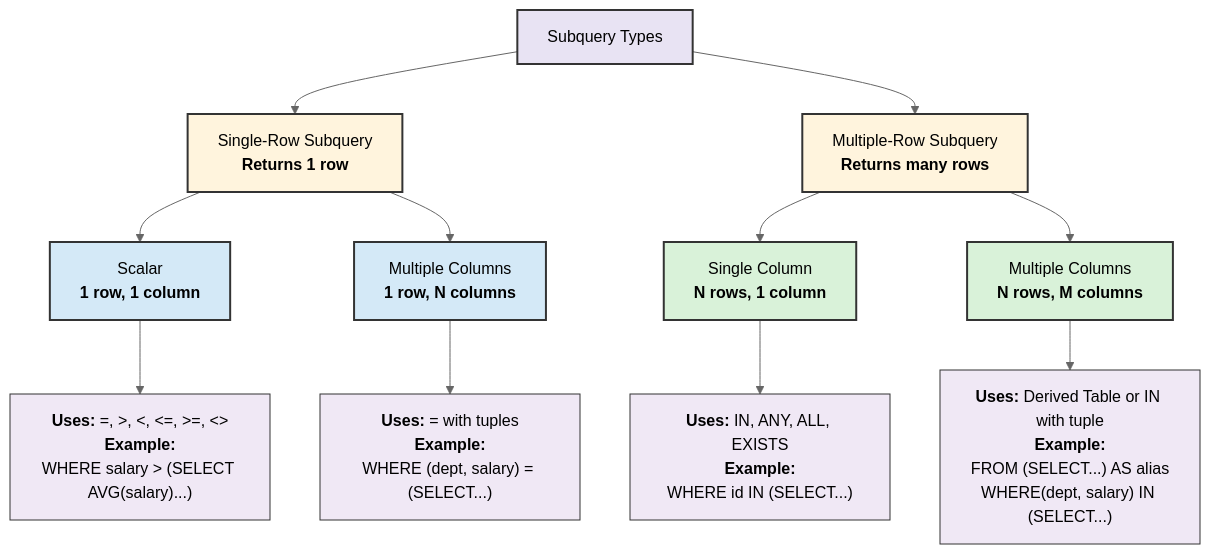
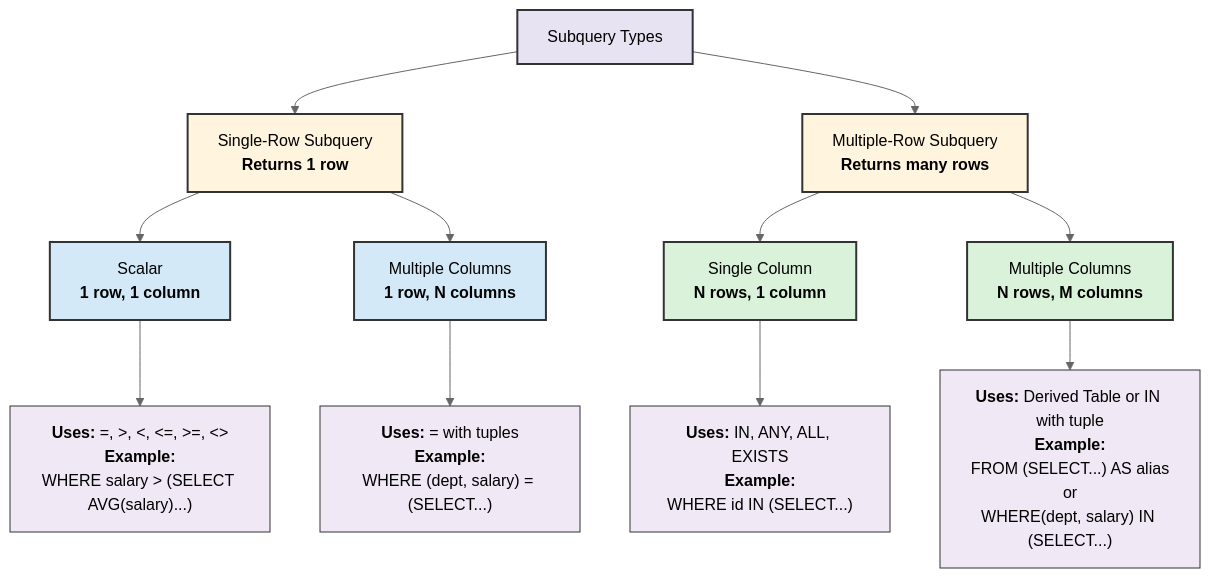
Before and after one commit to luckkrit/cos3103: the diagram in slides_src/pages/2_68/2_68_sql_dml2.md, drawn with Mermaid (neutral theme). The commit also changed other lines of this file and 3 other files, not shown here.

````diff
--- a/slides_src/pages/2_68/2_68_sql_dml2.md
+++ b/slides_src/pages/2_68/2_68_sql_dml2.md
@@ -98,30 +98,30 @@
 ```mermaid
 graph TB
     A[Subquery Types]
     
     A --> B["Single-Row Subquery<br/><b>Returns 1 row</b>"]
     A --> C["Multiple-Row Subquery<br/><b>Returns many rows</b>"]
     
     B --> D["Scalar<br/><b>1 row, 1 column</b>"]
     B --> E["Multiple Columns<br/><b>1 row, N columns</b>"]
     
     C --> F["Single Column<br/><b>N rows, 1 column</b>"]
     C --> G["Multiple Columns<br/><b>N rows, M columns</b>"]
     
     D --> H["<b>Uses:</b> =, >, <, <=, >=, <><br/><b>Example:</b><br/>WHERE salary > (SELECT AVG(salary)...)"]
     E --> I["<b>Uses:</b> = with tuples<br/><b>Example:</b><br/>WHERE (dept, salary) = (SELECT...)"]
     F --> J["<b>Uses:</b> IN, ANY, ALL, EXISTS<br/><b>Example:</b><br/>WHERE id IN (SELECT...)"]
-    G --> K["<b>Uses:</b> Derived Table or IN with tuple<br/><b>Example:</b><br/>FROM (SELECT...) AS alias<br/>WHERE(dept, salary) IN (SELECT...)"]
+    G --> K["<b>Uses:</b> Derived Table or IN with tuple<br/><b>Example:</b><br/>FROM (SELECT...) AS alias<br/>or<br/>WHERE(dept, salary) IN (SELECT...)"]
     
     style A fill:#e8e3f3,stroke:#333,stroke-width:2px
     style B fill:#fff4dd,stroke:#333,stroke-width:2px
     style C fill:#fff4dd,stroke:#333,stroke-width:2px
     style D fill:#d4e9f7,stroke:#333,stroke-width:2px
     style E fill:#d4e9f7,stroke:#333,stroke-width:2px
     style F fill:#d9f2d9,stroke:#333,stroke-width:2px
     style G fill:#d9f2d9,stroke:#333,stroke-width:2px
     style H fill:#f0e8f5,stroke:#333,stroke-width:1px
     style I fill:#f0e8f5,stroke:#333,stroke-width:1px
     style J fill:#f0e8f5,stroke:#333,stroke-width:1px
     style K fill:#f0e8f5,stroke:#333,stroke-width:1px
 ```
````
